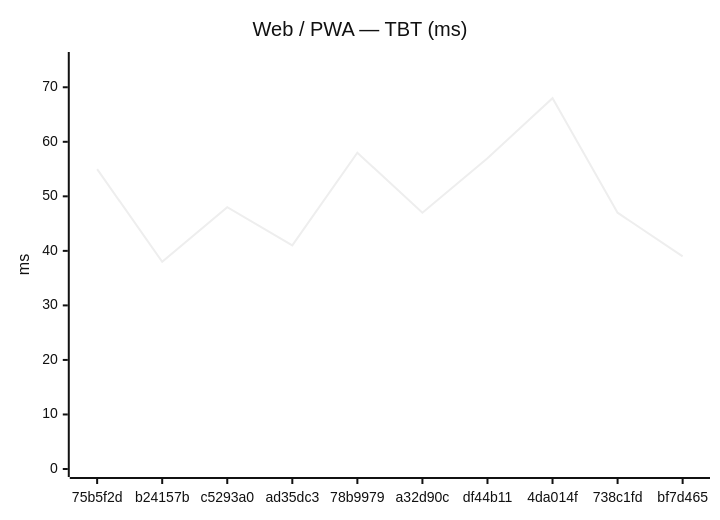
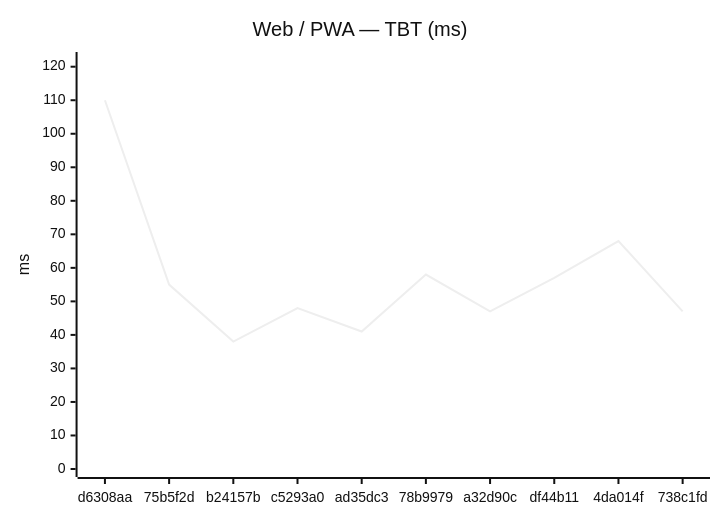
Before and after one commit to Metaheurist/Rianell: the second of 24 diagrams in benchmarks/compare.md, drawn with Mermaid (neutral theme). The commit also changed other lines of this file and 14 other files, not shown here.

````diff
--- a/benchmarks/compare.md
+++ b/benchmarks/compare.md
@@ -31,7 +31,7 @@
 ```mermaid
 xychart-beta
     title "Web / PWA — TBT (ms)"
-    x-axis ["75b5f2d", "b24157b", "c5293a0", "ad35dc3", "78b9979", "a32d90c", "df44b11", "4da014f", "738c1fd", "bf7d465"]
-    y-axis "ms" 0 --> 75
-    line [55, 38, 48, 41, 58, 47, 57, 68, 47, 39]
+    x-axis ["d6308aa", "75b5f2d", "b24157b", "c5293a0", "ad35dc3", "78b9979", "a32d90c", "df44b11", "4da014f", "738c1fd"]
+    y-axis "ms" 0 --> 122
+    line [110, 55, 38, 48, 41, 58, 47, 57, 68, 47]
 ```
````
